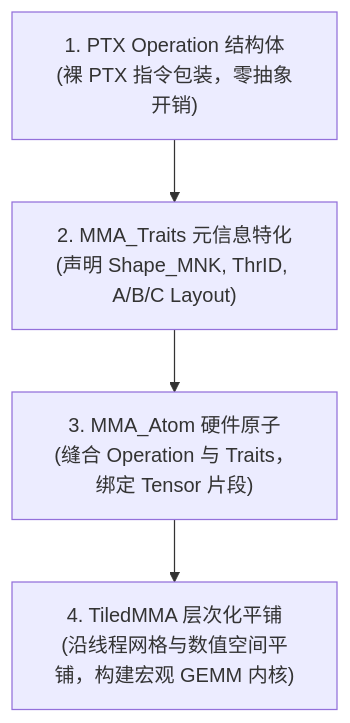
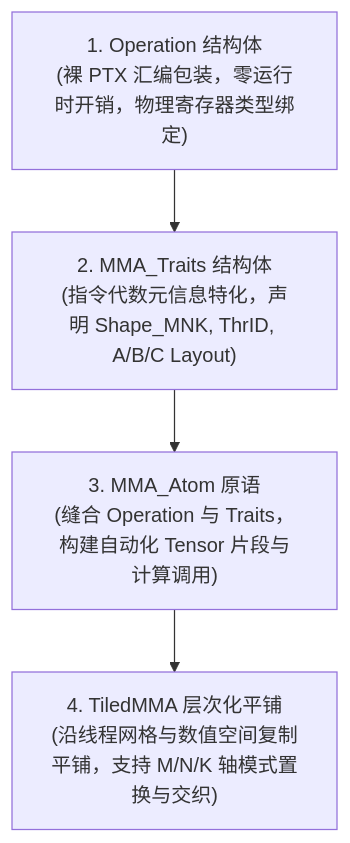
The first of 4 diagrams in docs/cute/0t_mma_atom.md (MCJF28/cutlass-cute-zh), drawn with Mermaid before and after one commit. The commit also changed other lines of this file, not shown here.

Commit message:
docs: expand 0t_mma_atom.md to 18k+ char architectural monograph on MMA Atom and TiledMMA

````diff
--- a/docs/cute/0t_mma_atom.md
+++ b/docs/cute/0t_mma_atom.md
@@ -10,6 +22,6 @@
 ```mermaid
 flowchart TD
-    Op["1. PTX Operation 结构体<br/>(裸 PTX 指令包装，零抽象开销)"] --> Traits["2. MMA_Traits 元信息特化<br/>(声明 Shape_MNK, ThrID, A/B/C Layout)"]
-    Traits --> Atom["3. MMA_Atom 硬件原子<br/>(缝合 Operation 与 Traits，绑定 Tensor 片段)"]
-    Atom --> TiledMMA["4. TiledMMA 层次化平铺<br/>(沿线程网格与数值空间平铺，构建宏观 GEMM 内核)"]
+    Op["1. Operation 结构体<br/>(裸 PTX 汇编包装，零运行时开销，物理寄存器类型绑定)"] --> Traits["2. MMA_Traits 结构体<br/>(指令代数元信息特化，声明 Shape_MNK, ThrID, A/B/C Layout)"]
+    Traits --> Atom["3. MMA_Atom 原语<br/>(缝合 Operation 与 Traits，构建自动化 Tensor 片段与计算调用)"]
+    Atom --> TiledMMA["4. TiledMMA 层次化平铺<br/>(沿线程网格与数值空间复制平铺，支持 M/N/K 轴模式置换与交织)"]
 ```
````
